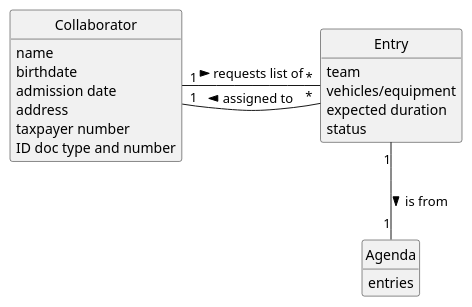
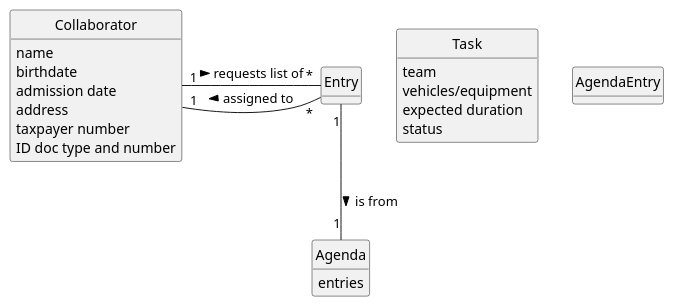
The diagram in docs/sprint3/us028/02.analysis/puml/us028-domain-model.puml (tiagosoa/lei-24-s2-1dgh-g073), drawn with PlantUML before and after one commit. The commit also changed 12 other files, not shown here.

```diff
--- a/docs/sprint3/us028/02.analysis/puml/us028-domain-model.puml
+++ b/docs/sprint3/us028/02.analysis/puml/us028-domain-model.puml
@@ -1,49 +1,54 @@
 @startuml
 skinparam monochrome true
 skinparam packageStyle rectangle
 skinparam shadowing false
 
 'left to right direction
 
 skinparam classAttributeIconSize 0
 
 hide circle
 hide methods
 
 'title Domain Model
 
 'class Platform {
 '  -description
 '}
 
 class Collaborator {
     name
     birthdate
     admission date
     address
     contact info (mobile and email)
     taxpayer number
     ID doc type and number
 }
 
-class Entry {
+class Task {
     team
     vehicles/equipment
     expected duration
     status
 }
+
+class AgendaEntry{
+
+}
+
 
 class Agenda {
     entries
 }
 
 'class User {
 '    name
 '    email
 '    password
 '}
 
 Collaborator "1" - "*" Entry: requests list of >
 Collaborator "1" - "*" Entry: assigned to <
 Entry "1" -- "1" Agenda: is from >
 @enduml
```
